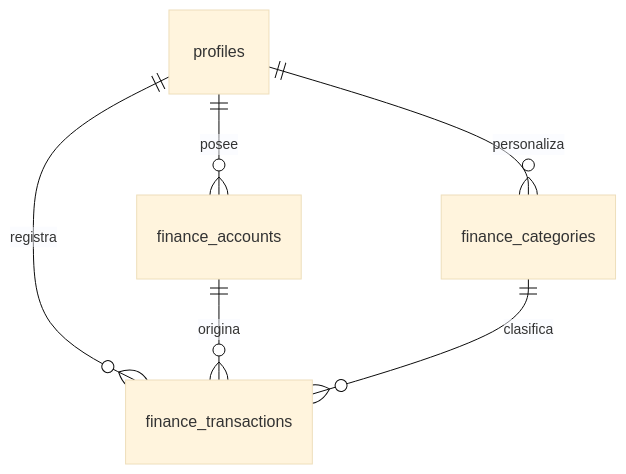
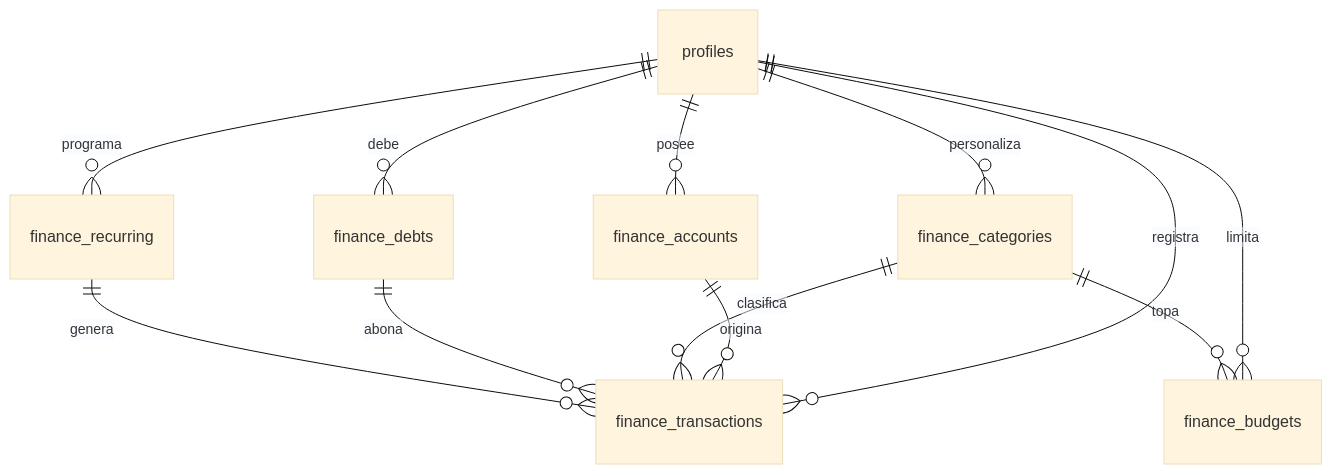
Before and after one commit to ccamilomc/nexus: the eighth of 8 diagrams in docs/04-modelo-de-datos.md, drawn with Mermaid (base theme). The commit also changed other lines of this file and 7 other files, not shown here.

````diff
--- a/docs/04-modelo-de-datos.md
+++ b/docs/04-modelo-de-datos.md
@@ -473,8 +496,14 @@
 ```mermaid
 erDiagram
     profiles ||--o{ finance_accounts : posee
     profiles ||--o{ finance_categories : personaliza
     profiles ||--o{ finance_transactions : registra
+    profiles ||--o{ finance_debts : debe
+    profiles ||--o{ finance_recurring : programa
+    profiles ||--o{ finance_budgets : limita
     finance_accounts ||--o{ finance_transactions : origina
     finance_categories ||--o{ finance_transactions : clasifica
+    finance_categories ||--o{ finance_budgets : topa
+    finance_debts ||--o{ finance_transactions : abona
+    finance_recurring ||--o{ finance_transactions : genera
 ```
````
